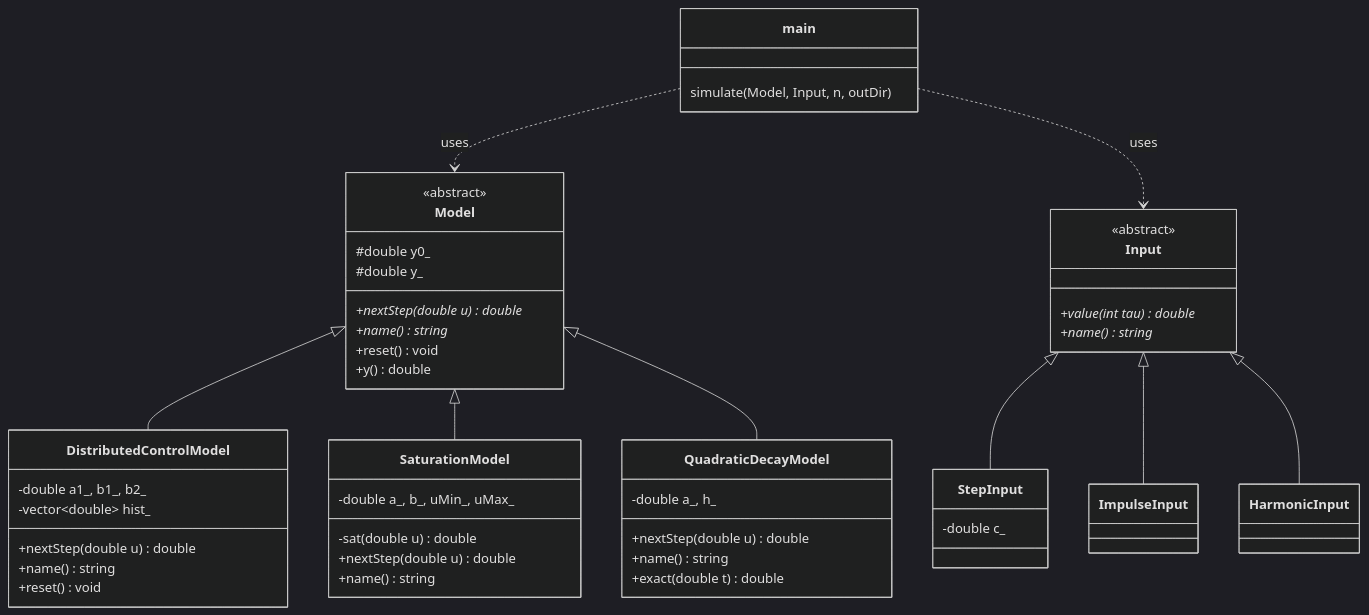
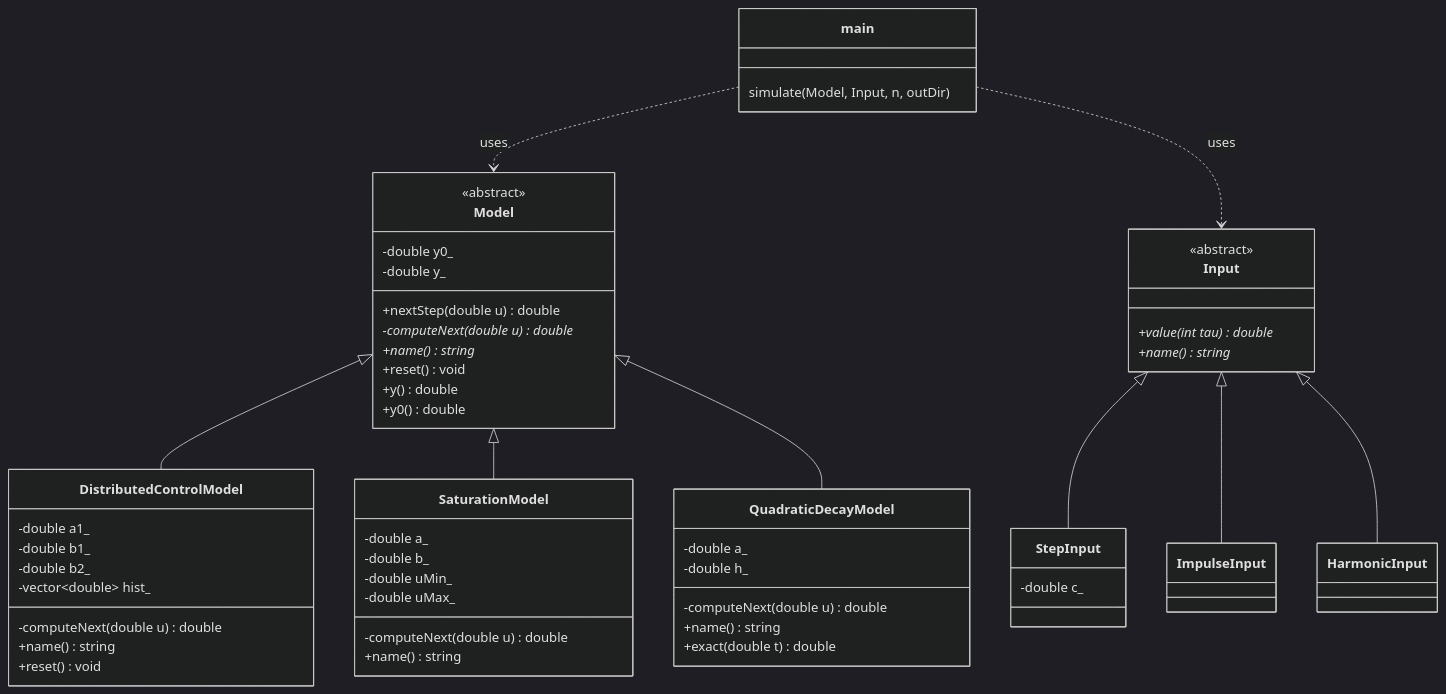
The diagram in trunk/ii02912/task_01/doc/readme.md (brstu/OTIS-2026), drawn with Mermaid (dark theme) before and after one commit. The commit also changed other lines of this file and 4 other files, not shown here.

````diff
--- a/trunk/ii02912/task_01/doc/readme.md
+++ b/trunk/ii02912/task_01/doc/readme.md
@@ -50,51 +48,58 @@
 ```mermaid
 classDiagram
     class Model {
         <<abstract>>
-        #double y0_
-        #double y_
-        +nextStep(double u) double*
+        -double y0_
+        -double y_
+        +nextStep(double u) double
+        -computeNext(double u) double*
         +name() string*
         +reset() void
         +y() double
+        +y0() double
     }
     class DistributedControlModel {
-        -double a1_, b1_, b2_
+        -double a1_
+        -double b1_
+        -double b2_
         -vector~double~ hist_
-        +nextStep(double u) double
+        -computeNext(double u) double
         +name() string
         +reset() void
     }
     class SaturationModel {
-        -double a_, b_, uMin_, uMax_
-        -sat(double u) double
-        +nextStep(double u) double
+        -double a_
+        -double b_
+        -double uMin_
+        -double uMax_
+        -computeNext(double u) double
         +name() string
     }
     class QuadraticDecayModel {
-        -double a_, h_
-        +nextStep(double u) double
+        -double a_
+        -double h_
+        -computeNext(double u) double
         +name() string
         +exact(double t) double
     }
     class Input {
         <<abstract>>
         +value(int tau) double*
         +name() string*
     }
     class StepInput { -double c_ }
     class ImpulseInput
     class HarmonicInput
 
     Model <|-- DistributedControlModel
     Model <|-- SaturationModel
     Model <|-- QuadraticDecayModel
     Input <|-- StepInput
     Input <|-- ImpulseInput
     Input <|-- HarmonicInput
     class main {
         simulate(Model, Input, n, outDir)
     }
     main ..> Model : uses
     main ..> Input : uses
 ```
````
